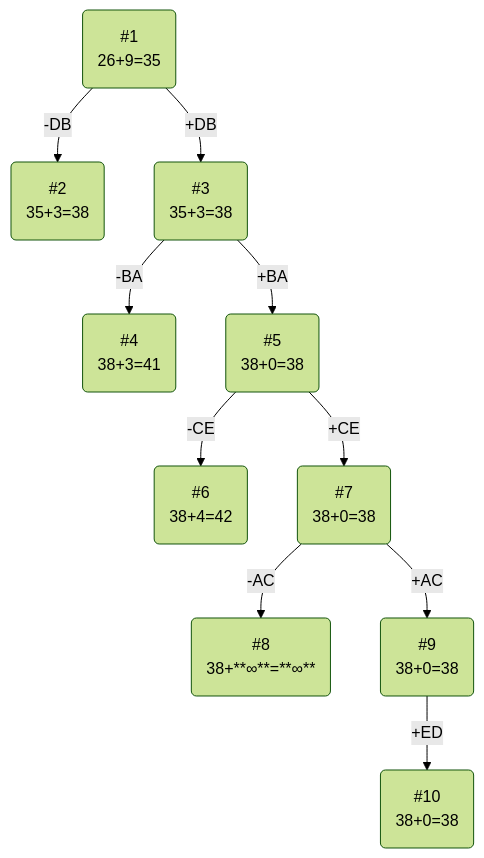
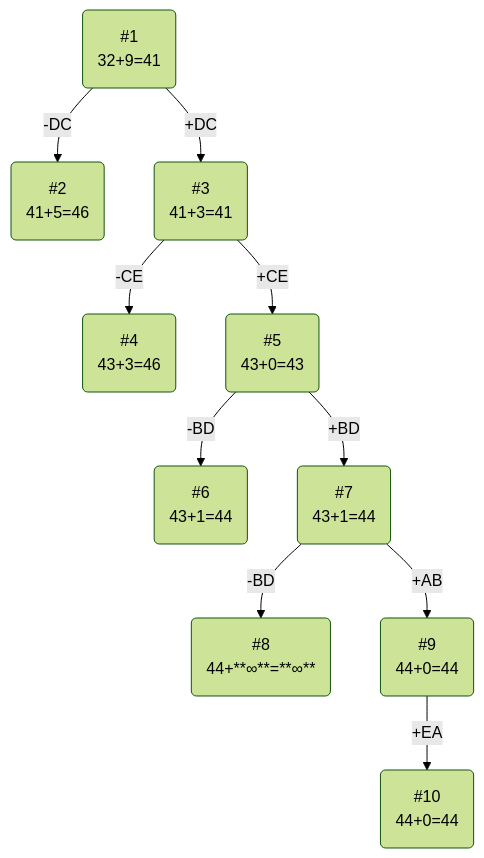
The sixth of 6 diagrams in dev_null.md (lsadovickaa-commits/-), drawn with Mermaid (forest theme) before and after one commit. The commit also changed other lines of this file, not shown here.

````diff
--- a/dev_null.md
+++ b/dev_null.md
@@ -104,22 +302,22 @@
 ```mermaid
 graph TB
     1(#1
-    26+9=35)-->|+DB|3(#3
-    35+3=38)
-    1-->|-DB|2(#2
-    35+3=38)
-    3-->|+BA|5(#5
-    38+0=38)
-    3-->|-BA|4(#4
-    38+3=41)
-    5-->|-CE|6(#6
-    38+4=42)
-    5-->|+CE|7(#7
-    38+0=38)
-    7-->|-AC|8(#8
-    38+**∞**=**∞**)
-    7-->|+AC|9(#9
-    38+0=38)
-    9-->|+ED|10(#10
-    38+0=38)
+    32+9=41)-->|+DC|3(#3
+    41+3=41)
+    1-->|-DC|2(#2
+    41+5=46)
+    3-->|-CE|4(#4
+    43+3=46)
+    3-->|+CE|5(#5
+    43+0=43)
+    5-->|-BD|6(#6
+    43+1=44)
+    5-->|+BD|7(#7
+    43+1=44)
+    7-->|-BD|8(#8
+    44+**∞**=**∞**)
+    7-->|+AB|9(#9
+    44+0=44)
+    9-->|+EA|10(#10
+    44+0=44)
 ```
````
